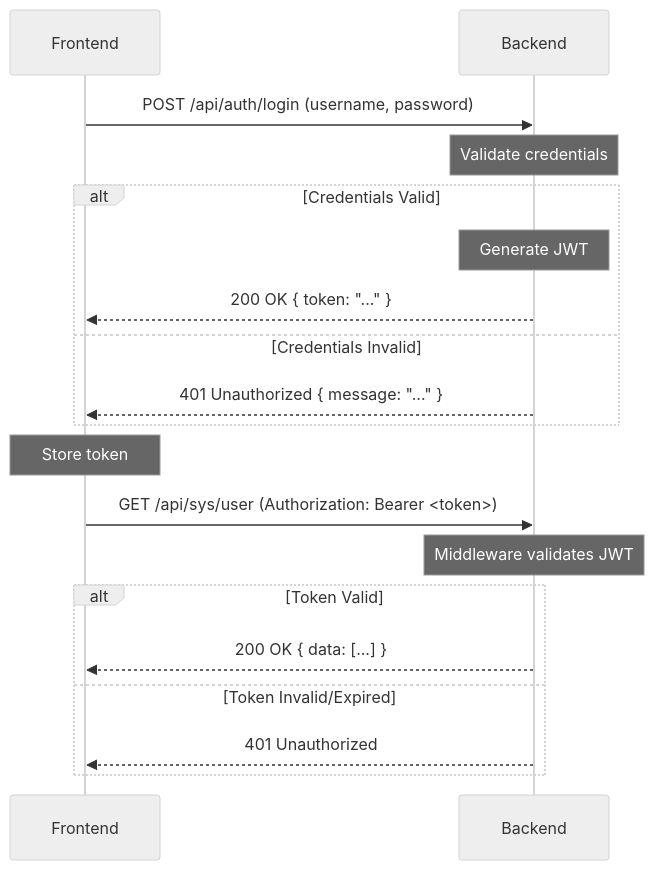
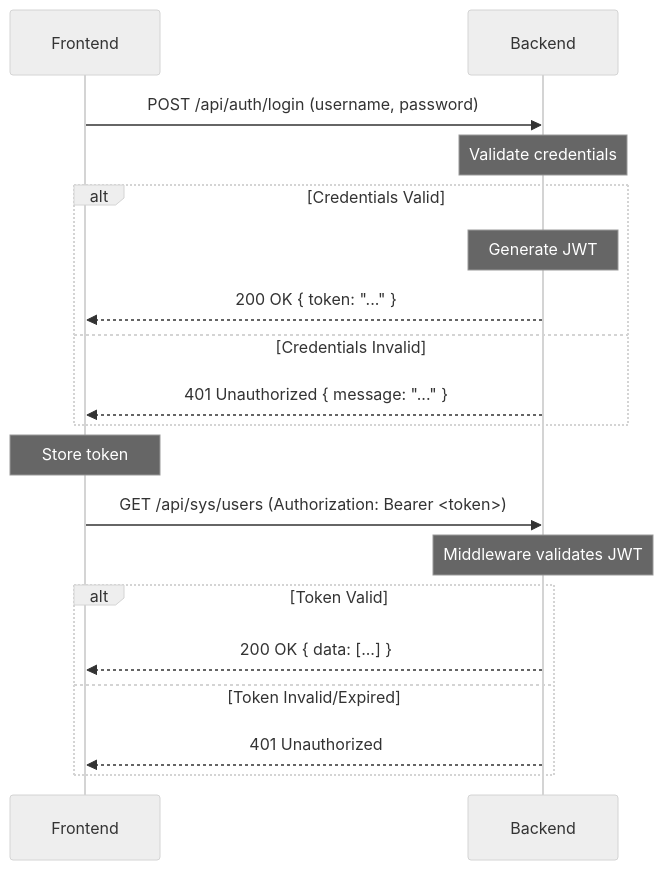
Before and after one commit to idaibin/rustzen-admin: the diagram in docs/api/README.md, drawn with Mermaid (neutral theme). The commit also changed other lines of this file and 73 other files, not shown here.

First line of the commit message:
refactor: restructure backend architecture and implement auth system

````diff
--- a/docs/api/README.md
+++ b/docs/api/README.md
@@ -48,24 +57,24 @@
 ```mermaid
 sequenceDiagram
     participant Frontend
     participant Backend
 
     Frontend->>Backend: POST /api/auth/login (username, password)
     Note over Backend: Validate credentials
     alt Credentials Valid
         Note over Backend: Generate JWT
         Backend-->>Frontend: 200 OK { token: "..." }
     else Credentials Invalid
         Backend-->>Frontend: 401 Unauthorized { message: "..." }
     end
 
     Note over Frontend: Store token
 
-    Frontend->>Backend: GET /api/sys/user (Authorization: Bearer <token>)
+    Frontend->>Backend: GET /api/sys/users (Authorization: Bearer <token>)
     Note over Backend: Middleware validates JWT
     alt Token Valid
         Backend-->>Frontend: 200 OK { data: [...] }
     else Token Invalid/Expired
         Backend-->>Frontend: 401 Unauthorized
     end
 ```
````
